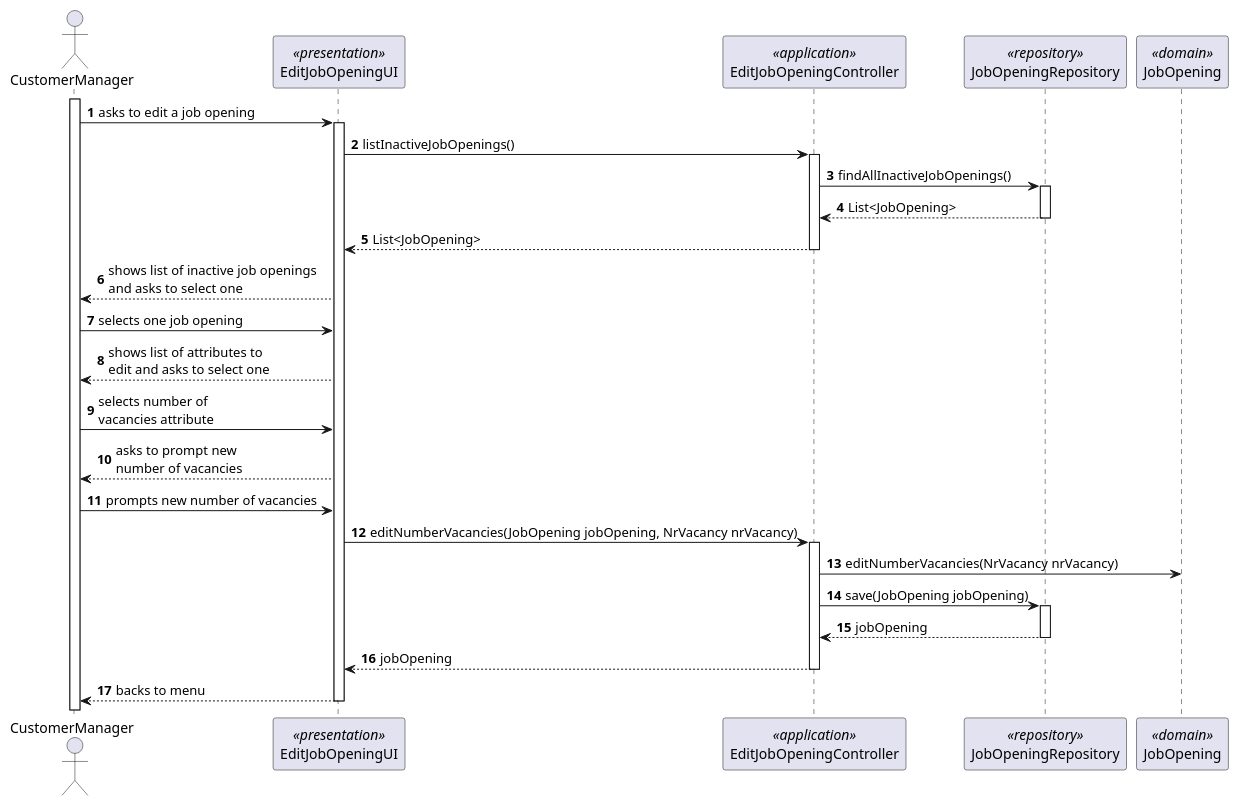
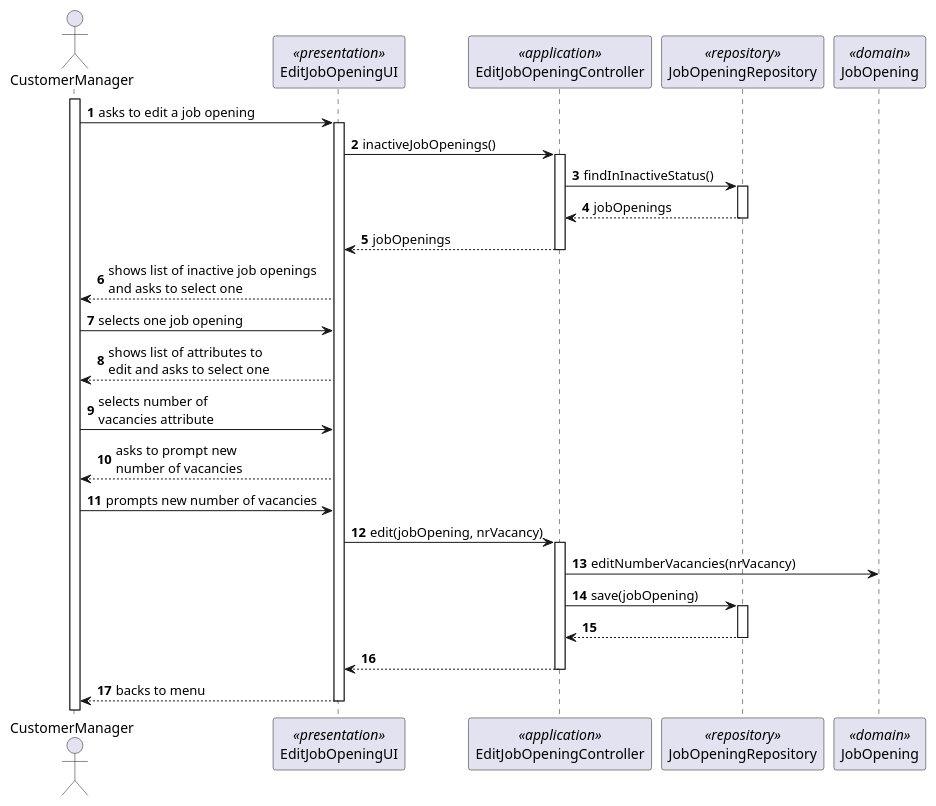
One commit to Rodrick0209/ISEP-SEM4PI-23-24 changed the diagram in docs/SprintC/us1004/SD/SD-Edit-Number-Vacancies.puml. Above: the diagram before and after it, drawn with PlantUML. The commit also changed 15 other files, not shown here.

```diff
--- a/docs/SprintC/us1004/SD/SD-Edit-Number-Vacancies.puml
+++ b/docs/SprintC/us1004/SD/SD-Edit-Number-Vacancies.puml
@@ -1,41 +1,41 @@
 @startuml
 'https://plantuml.com/sequence-diagram
 
 autonumber
 
 actor CustomerManager
 participant EditJobOpeningUI <<presentation>>
 participant EditJobOpeningController <<application>>
 participant JobOpeningRepository <<repository>>
 participant JobOpening <<domain>>
 
 activate CustomerManager
 CustomerManager -> EditJobOpeningUI : asks to edit a job opening
 activate EditJobOpeningUI
-EditJobOpeningUI -> EditJobOpeningController : listInactiveJobOpenings()
+EditJobOpeningUI -> EditJobOpeningController : inactiveJobOpenings()
 activate EditJobOpeningController
-EditJobOpeningController -> JobOpeningRepository : findAllInactiveJobOpenings()
+EditJobOpeningController -> JobOpeningRepository : findInInactiveStatus()
 activate JobOpeningRepository
-JobOpeningRepository --> EditJobOpeningController : List<JobOpening>
+JobOpeningRepository --> EditJobOpeningController : jobOpenings
 deactivate JobOpeningRepository
-EditJobOpeningController --> EditJobOpeningUI : List<JobOpening>
+EditJobOpeningController --> EditJobOpeningUI : jobOpenings
 deactivate EditJobOpeningController
 EditJobOpeningUI --> CustomerManager : shows list of inactive job openings\nand asks to select one
 CustomerManager -> EditJobOpeningUI : selects one job opening
 EditJobOpeningUI --> CustomerManager : shows list of attributes to\nedit and asks to select one
 CustomerManager -> EditJobOpeningUI : selects number of\nvacancies attribute
 EditJobOpeningUI --> CustomerManager : asks to prompt new\nnumber of vacancies
 CustomerManager -> EditJobOpeningUI : prompts new number of vacancies
-EditJobOpeningUI -> EditJobOpeningController : editNumberVacancies(JobOpening jobOpening, NrVacancy nrVacancy)
+EditJobOpeningUI -> EditJobOpeningController : edit(jobOpening, nrVacancy)
 activate EditJobOpeningController
-EditJobOpeningController -> JobOpening : editNumberVacancies(NrVacancy nrVacancy)
-EditJobOpeningController -> JobOpeningRepository : save(JobOpening jobOpening)
+EditJobOpeningController -> JobOpening : editNumberVacancies(nrVacancy)
+EditJobOpeningController -> JobOpeningRepository : save(jobOpening)
 activate JobOpeningRepository
-JobOpeningRepository --> EditJobOpeningController : jobOpening
+JobOpeningRepository --> EditJobOpeningController :
 deactivate JobOpeningRepository
-EditJobOpeningController --> EditJobOpeningUI : jobOpening
+EditJobOpeningController --> EditJobOpeningUI :
 deactivate EditJobOpeningController
 EditJobOpeningUI --> CustomerManager : backs to menu
 deactivate EditJobOpeningUI
 
 @enduml
```
